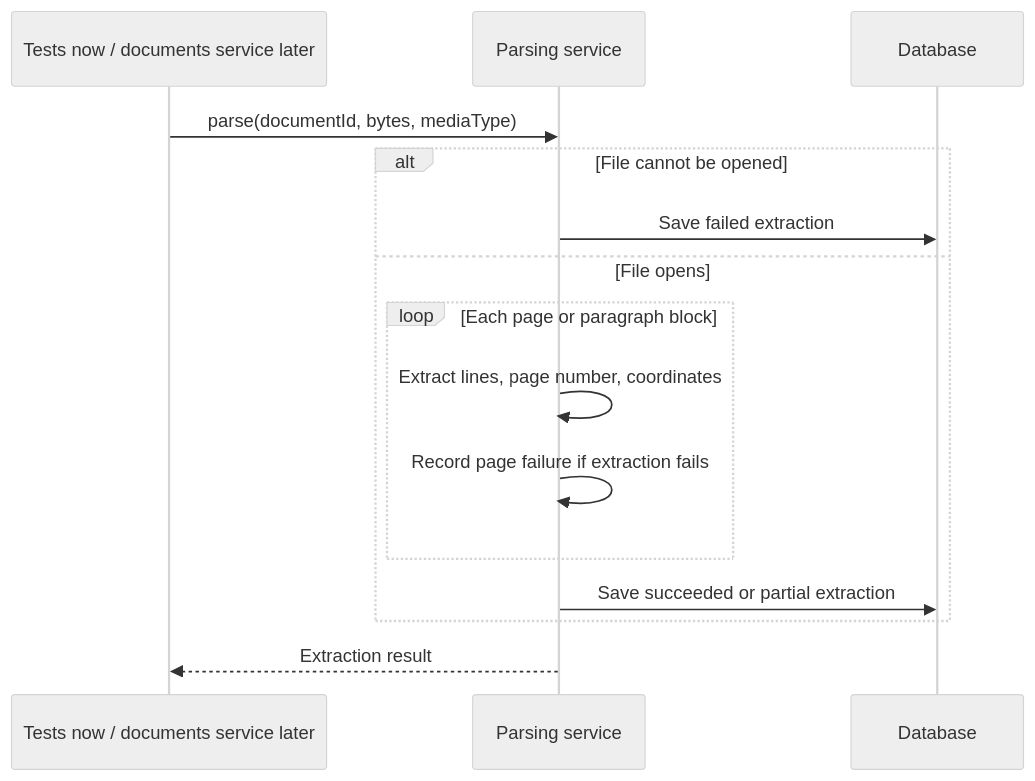
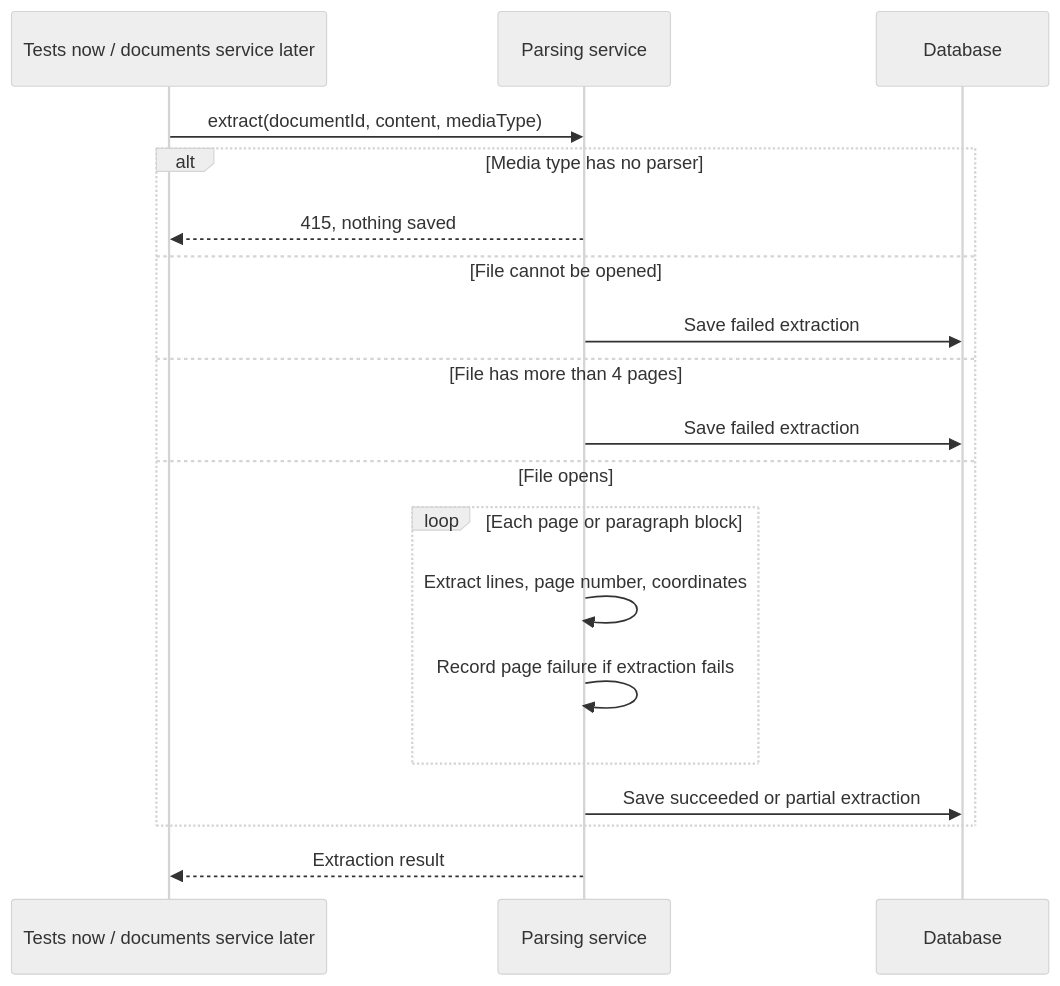
Before and after one commit to cv-parser-team/Backend: the second of 2 diagrams in docs/modules/parsing.md, drawn with Mermaid (neutral theme). The commit also changed other lines of this file and 30 other files, not shown here.

````diff
--- a/docs/modules/parsing.md
+++ b/docs/modules/parsing.md
@@ -108,18 +116,22 @@
 ```mermaid
 sequenceDiagram
     participant Caller as Tests now / documents service later
     participant Parser as Parsing service
     participant Database
 
-    Caller->>Parser: parse(documentId, bytes, mediaType)
-    alt File cannot be opened
+    Caller->>Parser: extract(documentId, content, mediaType)
+    alt Media type has no parser
+        Parser-->>Caller: 415, nothing saved
+    else File cannot be opened
+        Parser->>Database: Save failed extraction
+    else File has more than 4 pages
         Parser->>Database: Save failed extraction
     else File opens
         loop Each page or paragraph block
             Parser->>Parser: Extract lines, page number, coordinates
             Parser->>Parser: Record page failure if extraction fails
         end
         Parser->>Database: Save succeeded or partial extraction
     end
     Parser-->>Caller: Extraction result
 ```
````
